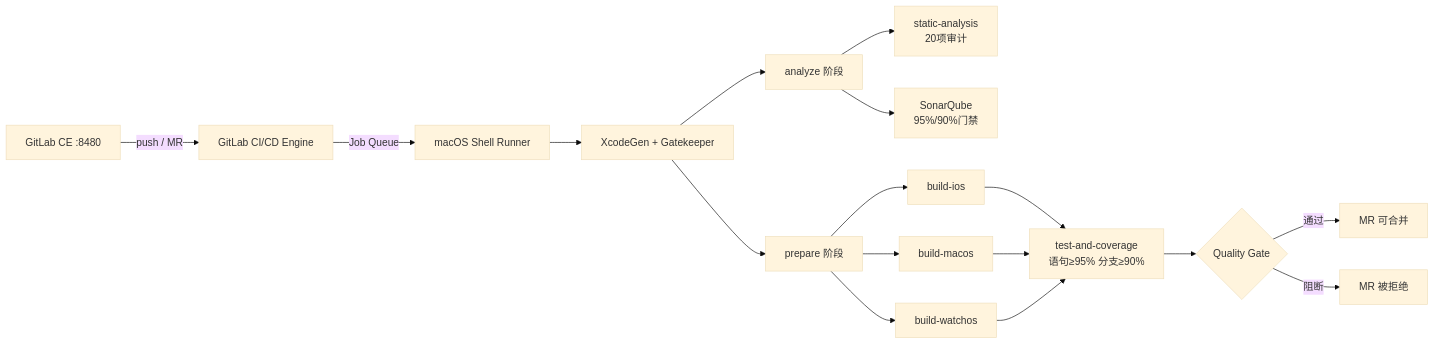
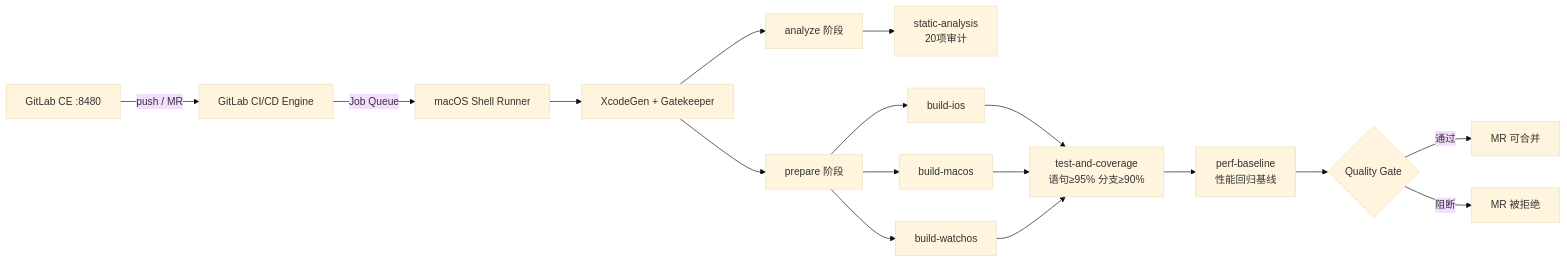
The diagram in Docs/Architecture/CI_CD_WORKFLOW.md (wangchong2023/ZhiYu), drawn with Mermaid (base theme) before and after one commit. The commit also changed other lines of this file and 27 other files, not shown here.

````diff
--- a/Docs/Architecture/CI_CD_WORKFLOW.md
+++ b/Docs/Architecture/CI_CD_WORKFLOW.md
@@ -11,19 +11,19 @@
 ```mermaid
 flowchart LR
     A[GitLab CE :8480] -->|push / MR| B[GitLab CI/CD Engine]
     B -->|Job Queue| C[macOS Shell Runner]
     C --> D[XcodeGen + Gatekeeper]
-    D --> E[analyze 阶段]
-    D --> F[prepare 阶段]
-    E --> G[static-analysis<br/>20项审计]
-    E --> H[SonarQube<br/>95%/90%门禁]
-    F --> I[build-ios]
-    F --> J[build-macos]
-    F --> K[build-watchos]
+    D --> E[prepare 阶段]
+    D --> F[analyze 阶段]
+    F --> G[static-analysis<br/>20项审计]
+    E --> I[build-ios]
+    E --> J[build-macos]
+    E --> K[build-watchos]
     I --> L[test-and-coverage<br/>语句≥95% 分支≥90%]
     J --> L
     K --> L
-    L --> M{Quality Gate}
+    L --> P[perf-baseline<br/>性能回归基线]
+    P --> M{Quality Gate}
     M -->|通过| N[MR 可合并]
     M -->|阻断| O[MR 被拒绝]
 ```
````
